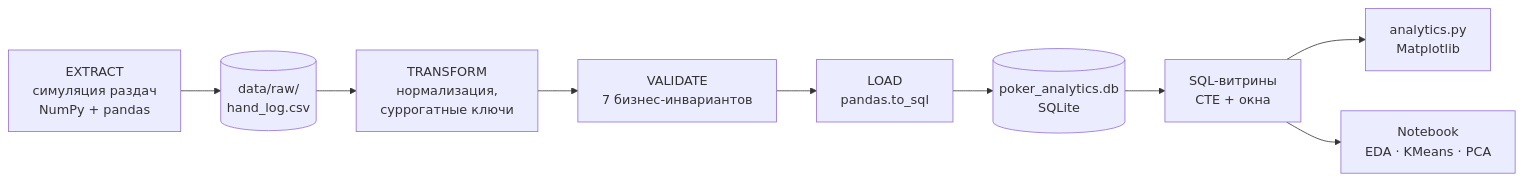
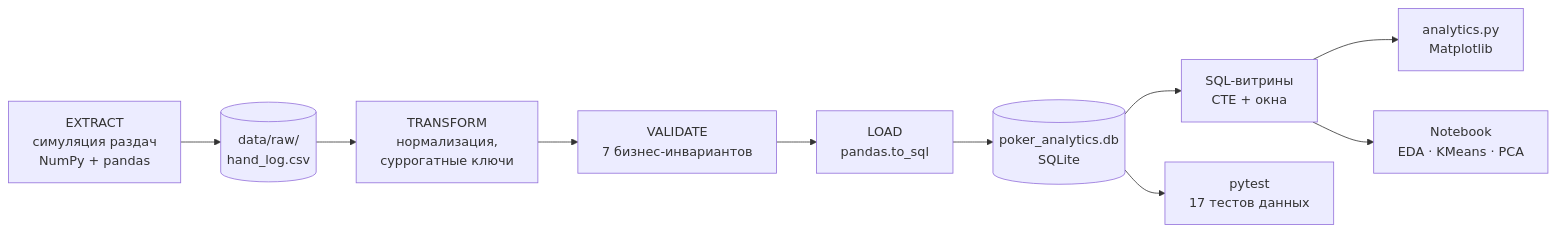
One commit to Andron1dze/texas-holdem-etl changed the first of 2 diagrams in README.md. Above: the diagram before and after it, drawn with Mermaid. The commit also changed other lines of this file and 3 other files, not shown here.

````diff
--- a/README.md
+++ b/README.md
@@ -45,11 +48,12 @@
 ```mermaid
 flowchart LR
     A[EXTRACT<br/>симуляция раздач<br/>NumPy + pandas] --> B[(data/raw/<br/>hand_log.csv)]
     B --> C[TRANSFORM<br/>нормализация,<br/>суррогатные ключи]
     C --> D[VALIDATE<br/>7 бизнес-инвариантов]
     D --> E[LOAD<br/>pandas.to_sql]
     E --> F[(poker_analytics.db<br/>SQLite)]
     F --> G[SQL-витрины<br/>CTE + окна]
     G --> H[analytics.py<br/>Matplotlib]
     G --> I[Notebook<br/>EDA · KMeans · PCA]
+    F --> J[pytest<br/>17 тестов данных]
 ```
````
